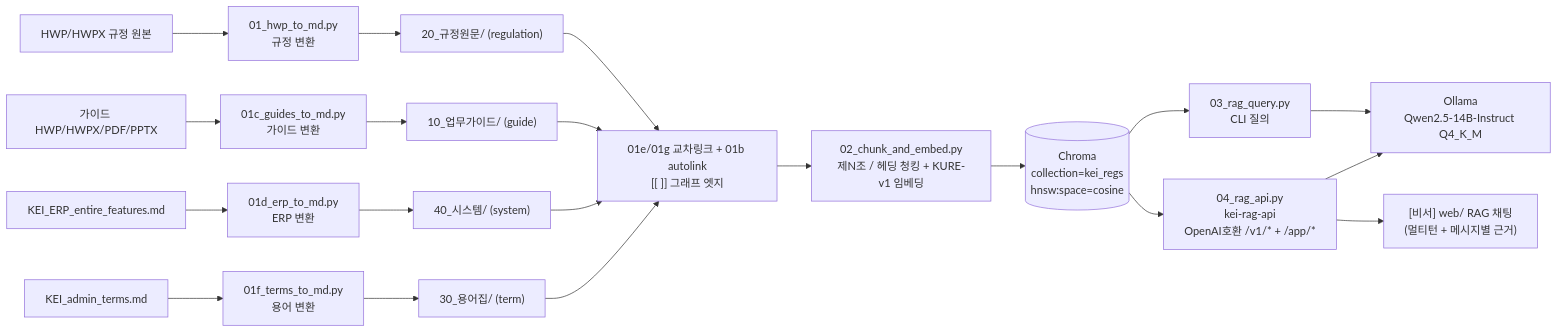
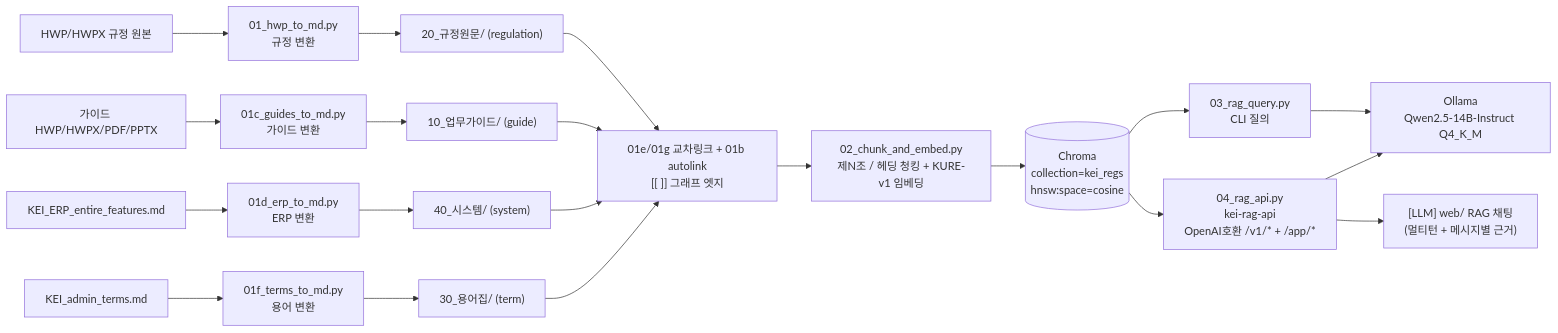
The first of 3 diagrams in docs/04-pipeline.md (mooner92/KEIAdminSuperv), drawn with Mermaid before and after one commit. The commit also changed other lines of this file and 91 other files, not shown here.

````diff
--- a/docs/04-pipeline.md
+++ b/docs/04-pipeline.md
@@ -15,19 +15,19 @@
 ```mermaid
 flowchart LR
     HWP["HWP/HWPX 규정 원본"] --> S01["01_hwp_to_md.py\n규정 변환"]
     GSRC["가이드 HWP/HWPX/PDF/PPTX"] --> S01C["01c_guides_to_md.py\n가이드 변환"]
     ESRC["KEI_ERP_entire_features.md"] --> S01D["01d_erp_to_md.py\nERP 변환"]
     TSRC["KEI_admin_terms.md"] --> S01F["01f_terms_to_md.py\n용어 변환"]
     S01 --> MDR["20_규정원문/ (regulation)"]
     S01C --> MDG["10_업무가이드/ (guide)"]
     S01D --> MDS["40_시스템/ (system)"]
     S01F --> MDT["30_용어집/ (term)"]
     MDR & MDG & MDS & MDT --> XLINK["01e/01g 교차링크 + 01b autolink\n[[ ]] 그래프 엣지"]
     XLINK --> S02["02_chunk_and_embed.py\n제N조 / 헤딩 청킹 + KURE-v1 임베딩"]
     S02 --> CHROMA[("Chroma\ncollection=kei_regs\nhnsw:space=cosine")]
     CHROMA --> S03["03_rag_query.py\nCLI 질의"]
     CHROMA --> S04["04_rag_api.py\nkei-rag-api\nOpenAI호환 /v1/* + /app/*"]
     S03 --> LLM["Ollama\nQwen2.5-14B-Instruct Q4_K_M"]
     S04 --> LLM
-    S04 --> WEB["[비서] web/ RAG 채팅\n(멀티턴 + 메시지별 근거)"]
+    S04 --> WEB["[LLM] web/ RAG 채팅\n(멀티턴 + 메시지별 근거)"]
 ```
````
